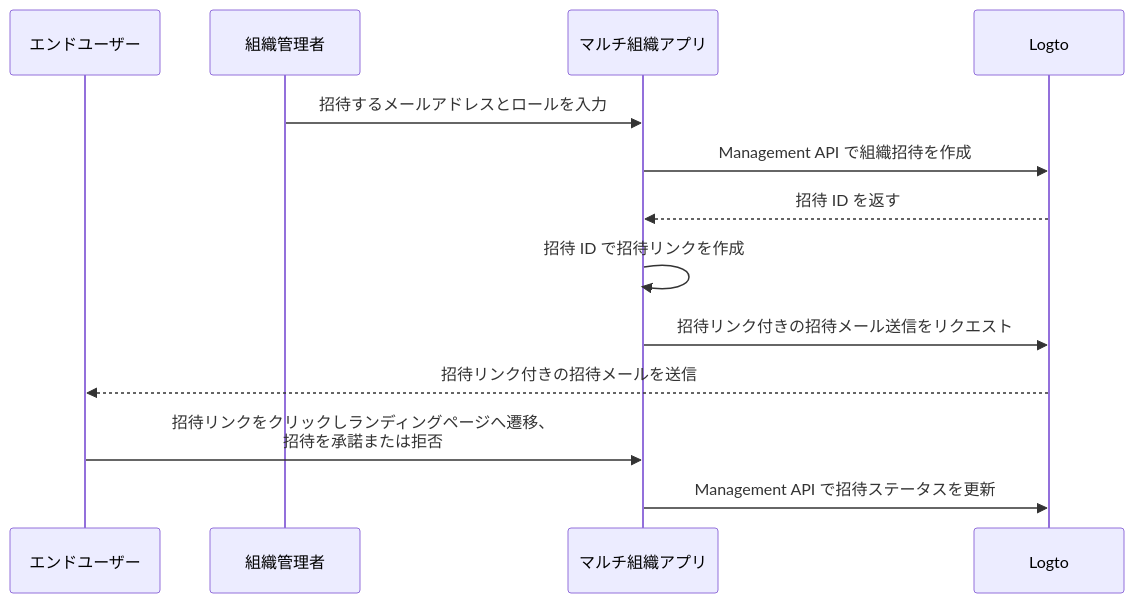
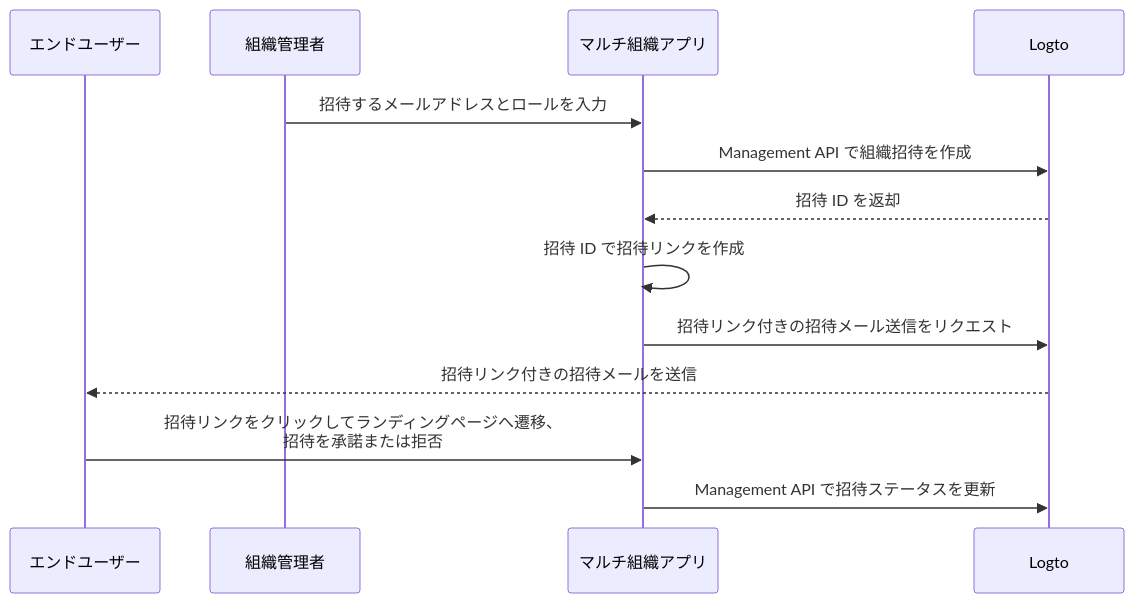
Before and after one commit to logto-io/docs: the diagram in i18n/ja/docusaurus-plugin-content-docs/current/end-user-flows/organization-experience/invite-organization-members.mdx, drawn with Mermaid. The commit also changed other lines of this file and 54 other files, not shown here.

````diff
--- a/i18n/ja/docusaurus-plugin-content-docs/current/end-user-flows/organization-experience/invite-organization-members.mdx
+++ b/i18n/ja/docusaurus-plugin-content-docs/current/end-user-flows/organization-experience/invite-organization-members.mdx
@@ -13,16 +13,16 @@
 ```mermaid
 sequenceDiagram
 	Participant U as エンドユーザー
   Participant A as 組織管理者
   Participant C as マルチ組織アプリ
 	Participant L as Logto
 
   A ->> C: 招待するメールアドレスとロールを入力
   C ->> L: Management API で組織招待を作成
-  L -->> C: 招待 ID を返す
+  L -->> C: 招待 ID を返却
   C ->> C: 招待 ID で招待リンクを作成
   C ->> L: 招待リンク付きの招待メール送信をリクエスト
   L -->> U: 招待リンク付きの招待メールを送信
-  U ->> C: 招待リンクをクリックしランディングページへ遷移、<br /> 招待を承諾または拒否
+  U ->> C: 招待リンクをクリックしてランディングページへ遷移、<br /> 招待を承諾または拒否
   C ->> L: Management API で招待ステータスを更新
 ```
````
